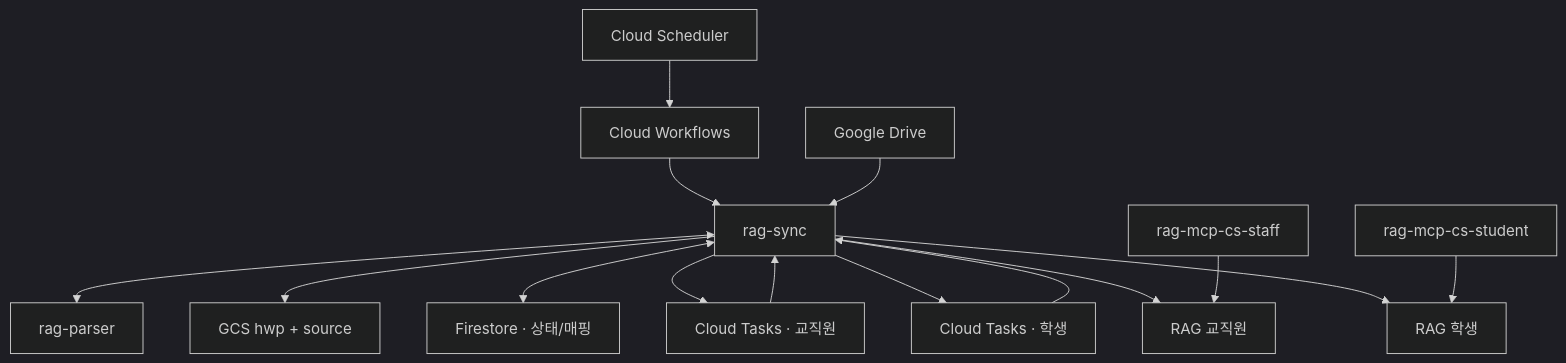
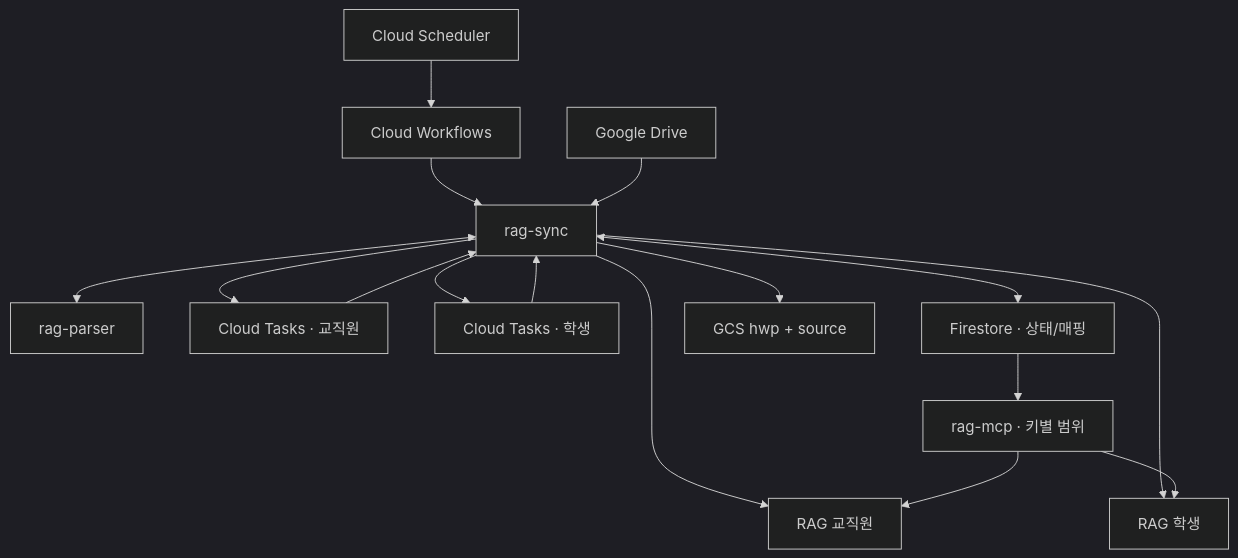
The diagram in README.md (0525gus/gcp_rag), drawn with Mermaid (dark theme) before and after one commit. The commit also changed other lines of this file and 81 other files, not shown here.

````diff
--- a/README.md
+++ b/README.md
@@ -15,29 +15,29 @@
 ```mermaid
 flowchart TB
   Drive["Google Drive"]
   Scheduler["Cloud Scheduler"]
   Workflow["Cloud Workflows"]
   Sync[rag-sync]
   Parser[rag-parser]
   FacultyQueue["Cloud Tasks · 교직원"]
   StudentQueue["Cloud Tasks · 학생"]
   Firestore["Firestore · 상태/매핑"]
   GCS["GCS hwp + source"]
   StaffRAG[RAG 교직원]
   StudentRAG[RAG 학생]
-  McpStaff[rag-mcp-cs-staff]
-  McpStudent[rag-mcp-cs-student]
+  Mcp["rag-mcp · 키별 범위"]
 
   Scheduler --> Workflow
   Workflow --> Sync
   Drive --> Sync
   Sync <--> Parser
   Sync --> GCS
   Sync <--> Firestore
   Sync --> FacultyQueue --> Sync
   Sync --> StudentQueue --> Sync
   Sync --> StaffRAG
   Sync --> StudentRAG
-  McpStaff --> StaffRAG
-  McpStudent --> StudentRAG
+  Firestore --> Mcp
+  Mcp --> StaffRAG
+  Mcp --> StudentRAG
 ```
````
